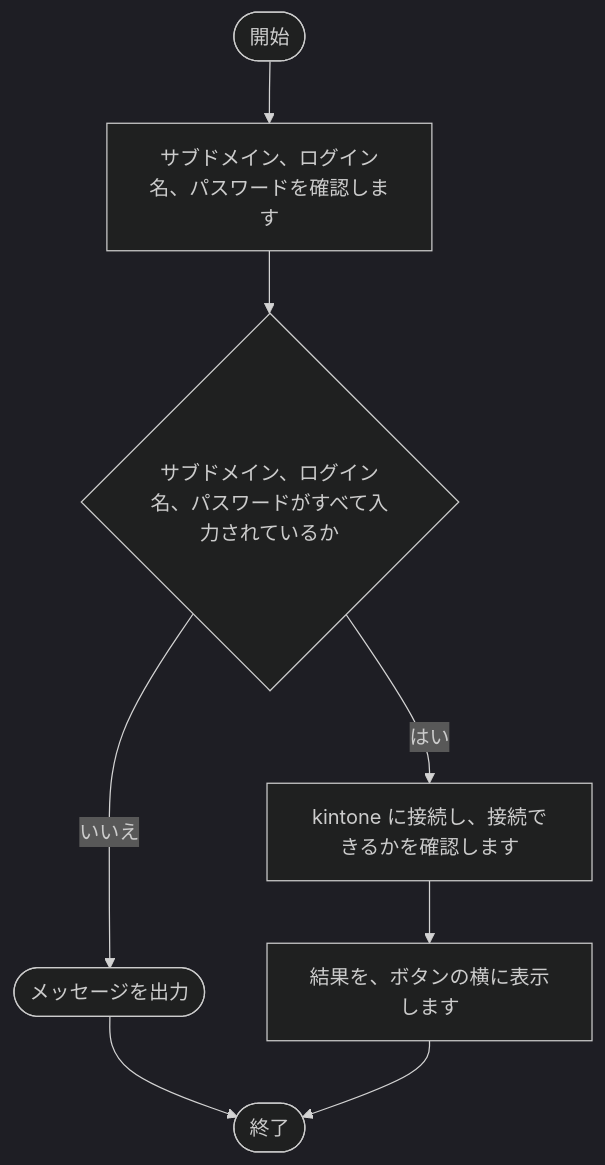
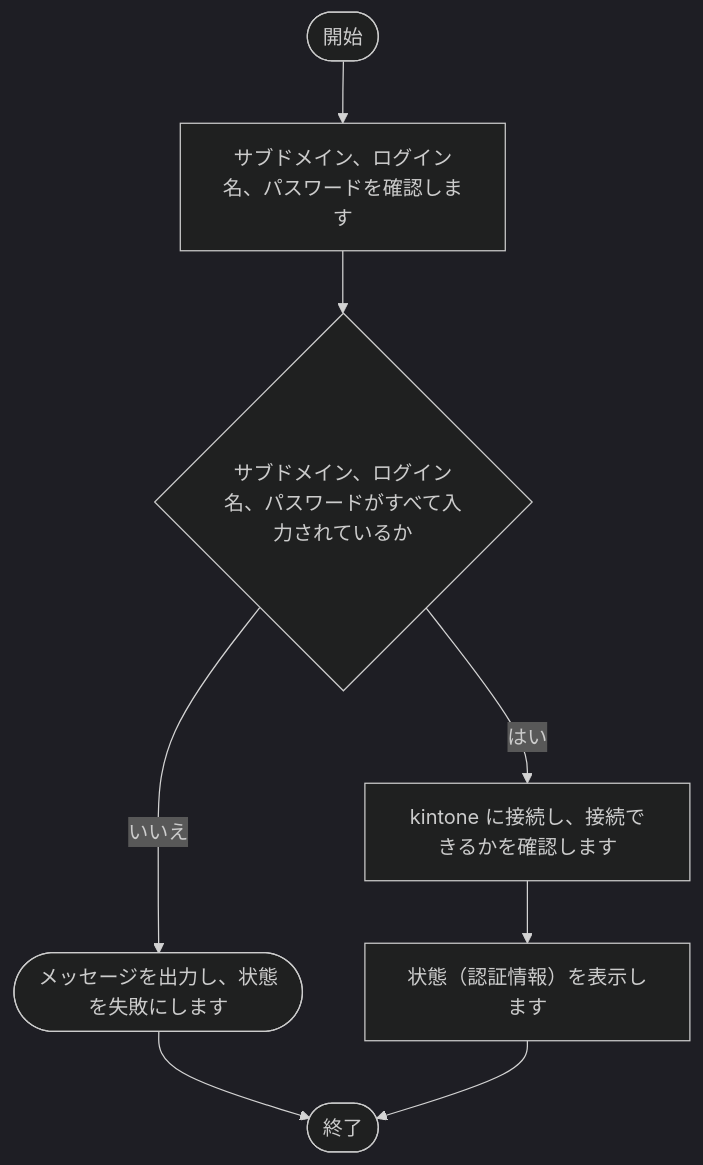
Before and after one commit to nishida2073/project_management: diagram 16 of 25 in tool/kintone-aggregator/doc/02_設計/処理フロー.md, drawn with Mermaid (dark theme). The commit also changed other lines of this file and 11 other files, not shown here.

````diff
--- a/tool/kintone-aggregator/doc/02_設計/処理フロー.md
+++ b/tool/kintone-aggregator/doc/02_設計/処理フロー.md
@@ -409,17 +409,17 @@
 ```mermaid
 flowchart TD
     S(["開始"])
     E(["終了"])
     N1["サブドメイン、ログイン名、パスワードを確認します"]
     S --> N1
     N2{"サブドメイン、ログイン名、パスワードがすべて入力されているか"}
-    X2(["メッセージを出力"])
+    X2(["メッセージを出力し、状態を失敗にします"])
     X2 --> E
     N2 -- いいえ --> X2
     N1 --> N2
     N3["kintone に接続し、接続できるかを確認します"]
     N2 -- はい --> N3
-    N4["結果を、ボタンの横に表示します"]
+    N4["状態（認証情報）を表示します"]
     N3 --> N4
     N4 --> E
 ```
````
